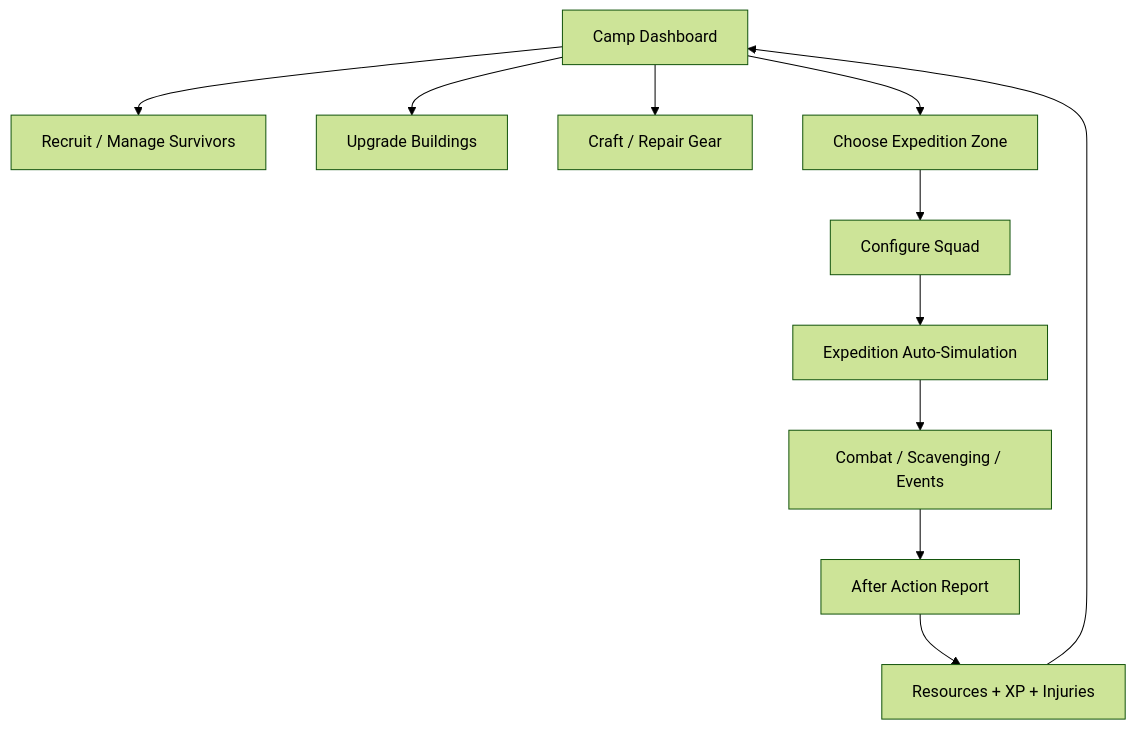
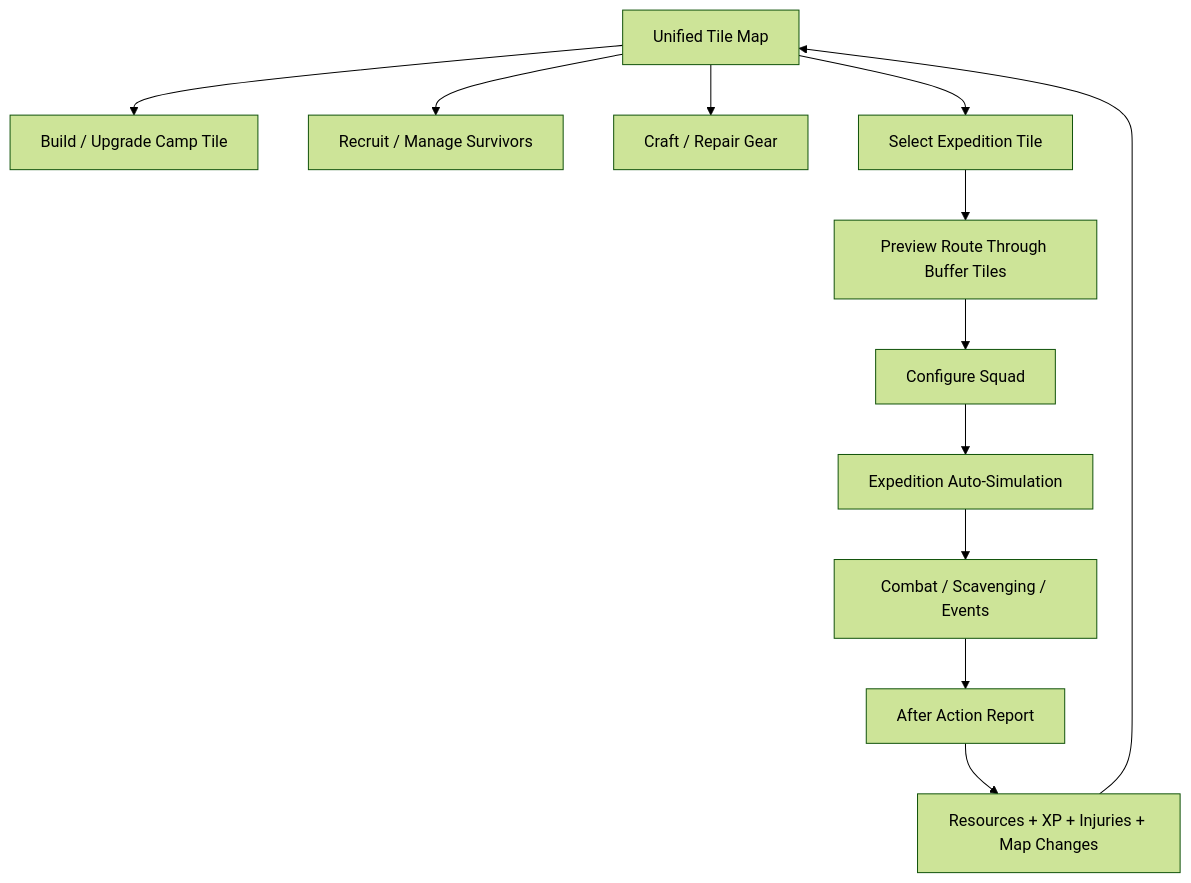
The first of 2 diagrams in Assets/Docs/ashfall_camp_game_design.md (Golishon666/Ashfall-Camp), drawn with Mermaid (forest theme) before and after one commit. The commit also changed other lines of this file and 1415 other files, not shown here.

Commit message:
added new tile map

````diff
--- a/Assets/Docs/ashfall_camp_game_design.md
+++ b/Assets/Docs/ashfall_camp_game_design.md
@@ -193,13 +223,14 @@
 ```mermaid
 flowchart TD
-    A[Camp Dashboard] --> B[Recruit / Manage Survivors]
-    A --> C[Upgrade Buildings]
+    A[Unified Tile Map] --> B[Build / Upgrade Camp Tile]
+    A --> C[Recruit / Manage Survivors]
     A --> D[Craft / Repair Gear]
-    A --> E[Choose Expedition Zone]
-    E --> F[Configure Squad]
-    F --> G[Expedition Auto-Simulation]
-    G --> H[Combat / Scavenging / Events]
-    H --> I[After Action Report]
-    I --> J[Resources + XP + Injuries]
-    J --> A
+    A --> E[Select Expedition Tile]
+    E --> F[Preview Route Through Buffer Tiles]
+    F --> G[Configure Squad]
+    G --> H[Expedition Auto-Simulation]
+    H --> I[Combat / Scavenging / Events]
+    I --> J[After Action Report]
+    J --> K[Resources + XP + Injuries + Map Changes]
+    K --> A
 ```
````
